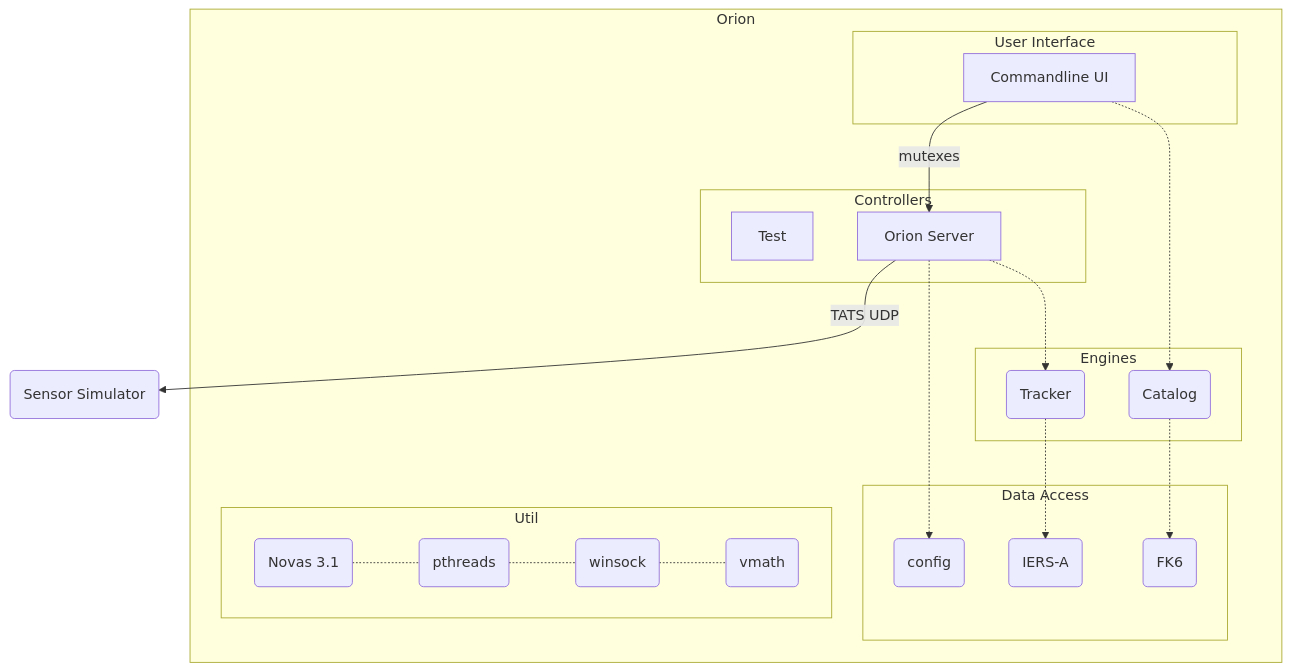
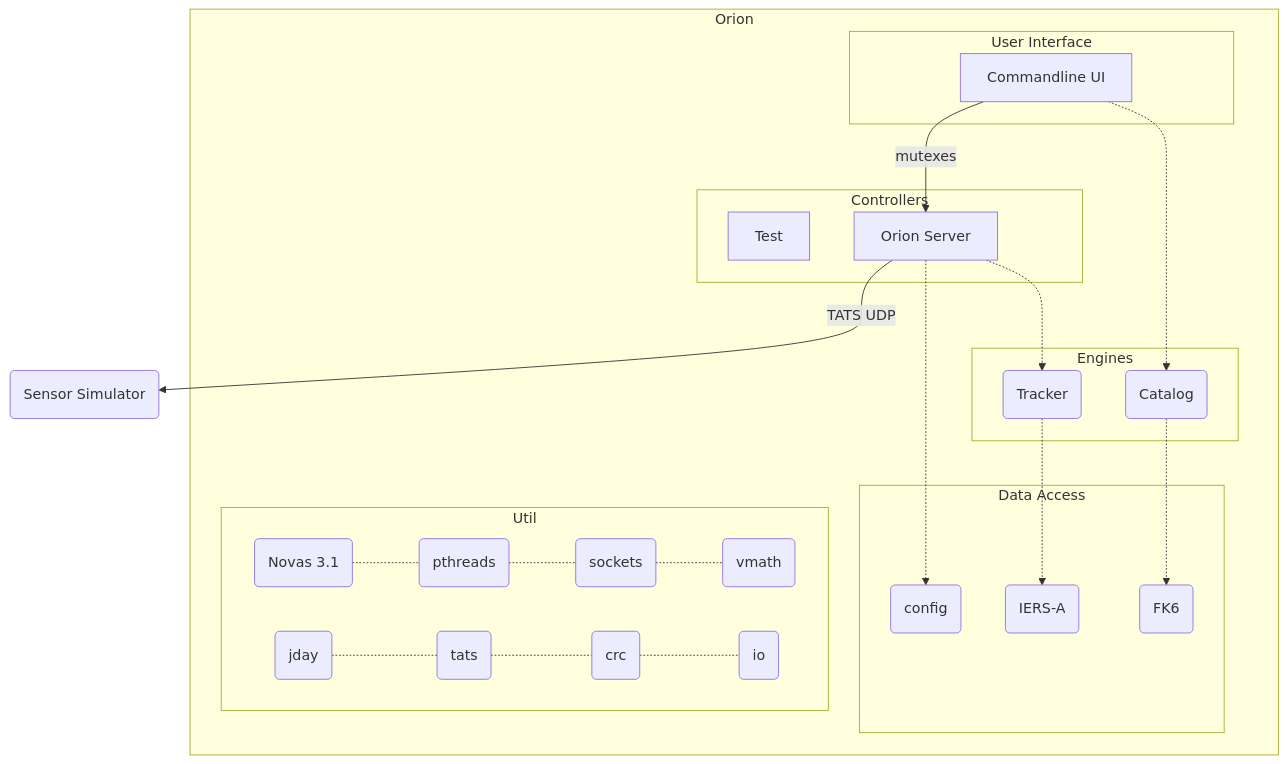
The diagram in docs/diagrams/novas.mmd (caseyshields/Orion), drawn with Mermaid before and after one commit. The commit also changed 2 other files, not shown here.

Commit message:
updated diagram

```diff
--- a/docs/diagrams/novas.mmd
+++ b/docs/diagrams/novas.mmd
@@ -1,40 +1,53 @@
 graph TB
 simulator(Sensor Simulator)
 subgraph Orion
+
 subgraph User Interface
 ui[Commandline UI]
 end
+
 subgraph Controllers
 test[Test]
 orion[Orion Server]
 end
+
 subgraph Engines
 catalog(Catalog)
 tracker(Tracker)
 end
+
 subgraph Data Access
 config(config)
 fk6(FK6)
 iers(IERS-A)
 end
+
 subgraph Util
 novas(Novas 3.1)
-sockets(winsock)
+sockets(sockets)
 pthreads(pthreads)
 vmath(vmath)
+jday(jday)
+tats(tats)
+crc(crc)
+io(io)
 end
 end
 
 ui-- mutexes -->orion
 ui-.->catalog
 
 orion-- TATS UDP -->simulator
 orion-.->config
 orion-.->tracker
 
 tracker-.->iers
 catalog-.->fk6
 
 novas-.-pthreads
 pthreads-.-sockets
 sockets-.-vmath
+
+jday-.-tats
+tats-.-crc
+crc-.-io
```
